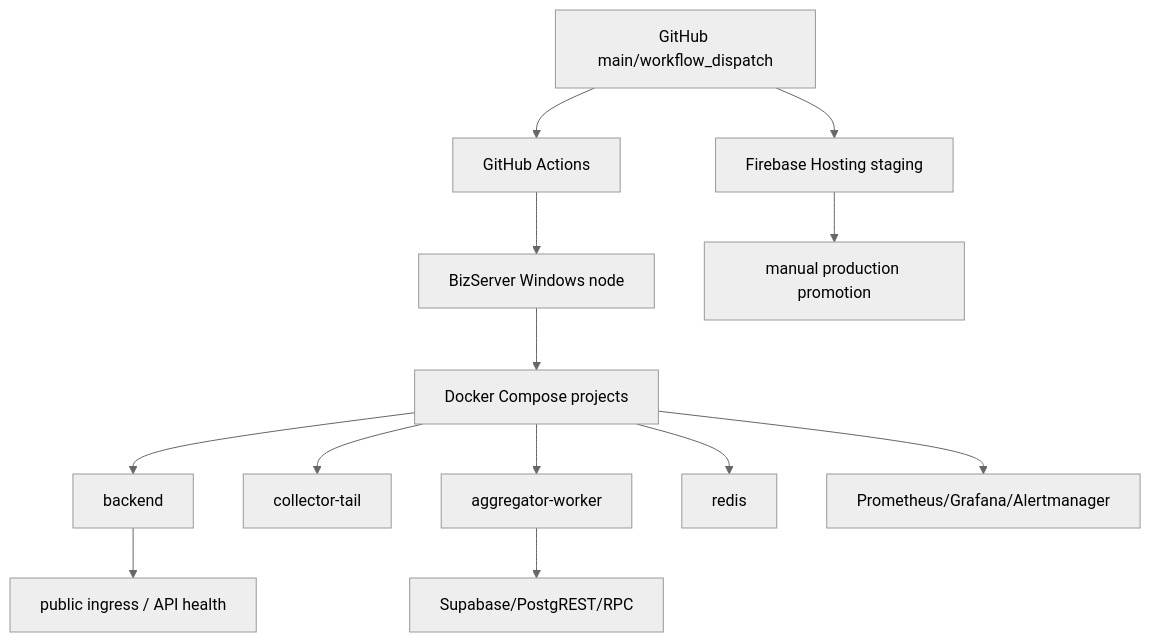
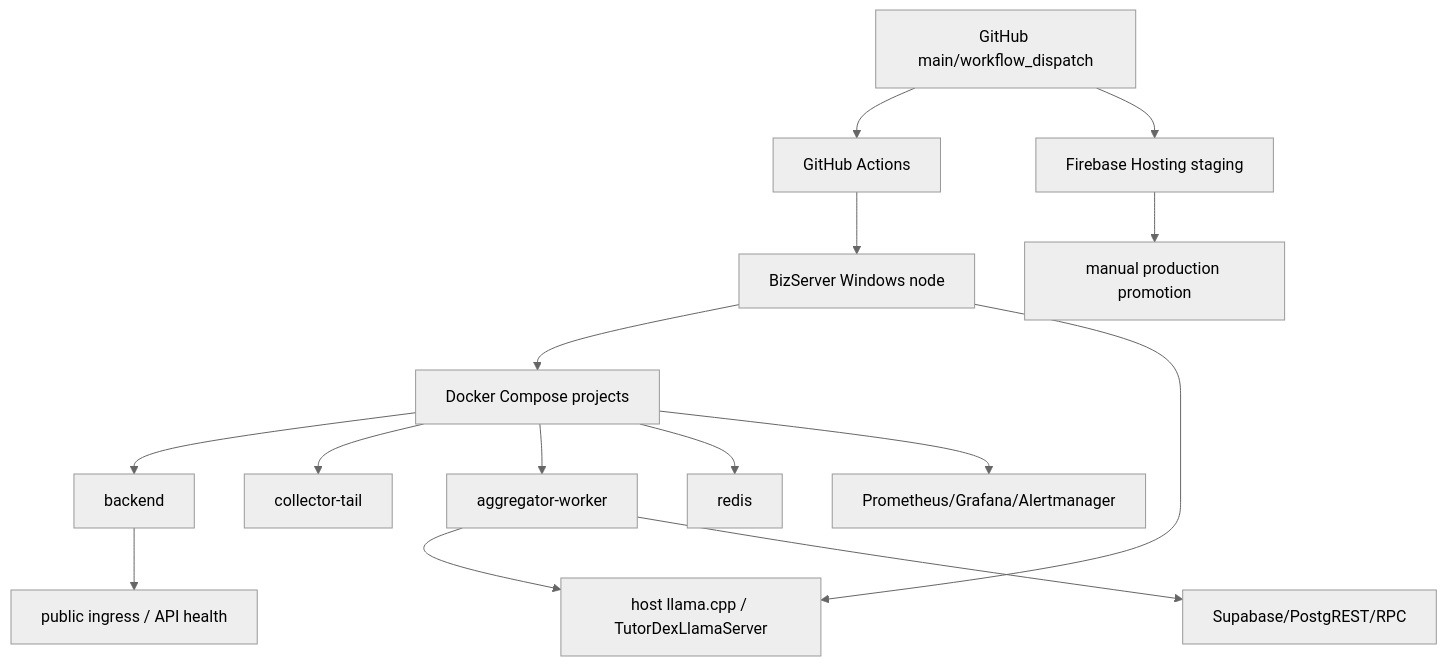
Before and after one commit to DarkNubi/TutorDexMonoRepo: the diagram in docs/DEPLOYMENT_TOPOLOGY.md, drawn with Mermaid (neutral theme). The commit also changed other lines of this file and 9 other files, not shown here.

Commit message:
docs: document BizServer LLM startup task

````diff
--- a/docs/DEPLOYMENT_TOPOLOGY.md
+++ b/docs/DEPLOYMENT_TOPOLOGY.md
@@ -63,15 +64,17 @@
 ```mermaid
 flowchart TB
   GitHub[GitHub main/workflow_dispatch] --> Actions[GitHub Actions]
   Actions --> BizServer[BizServer Windows node]
   BizServer --> Compose[Docker Compose projects]
   Compose --> Backend[backend]
   Compose --> Collector[collector-tail]
   Compose --> Worker[aggregator-worker]
+  BizServer --> HostLLM[host llama.cpp / TutorDexLlamaServer]
+  Worker --> HostLLM
   Compose --> Redis[redis]
   Compose --> Observability[Prometheus/Grafana/Alertmanager]
   Backend --> Public[public ingress / API health]
   GitHub --> Firebase[Firebase Hosting staging]
   Firebase --> ManualProd[manual production promotion]
   Worker --> Supabase[Supabase/PostgREST/RPC]
 ```
````
